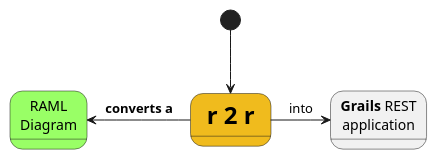
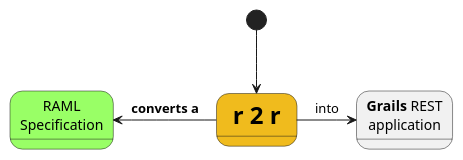
One commit to jorgwel/r2r changed the diagram in documentation/whatitdoes.puml. Above: the diagram before and after it, drawn with PlantUML. The commit also changed 2 other files, not shown here.

```diff
--- a/documentation/whatitdoes.puml
+++ b/documentation/whatitdoes.puml
@@ -1,30 +1,30 @@
 @startuml
 
 skinparam state {
   BackgroundColor<<MasAmarillo>> #F0BB1D
   Backgroundcolor<<MasAzul>> #6699ff
   Backgroundcolor<<MasVerde>> #99ff66
   Backgroundcolor<<MasRosa>> #ff6699
   
 }
 
     [*] --> r2r
     r2r -right-> GrailsApplication: into
 '    r2r -down-> LocalAPIInstance: this
     r2r -left-> RAMLDiagram: <b>converts a</b>
 
 '    Dredd -up-> RAMLDiagram: <b>uses</b>
 '   Dredd -up-> LocalAPIInstance: tests
 '  Dredd -up-> GrailsApplication: tests
 
 '    r2r -> Dredd
     
     state r2r as "<b><size:24> r 2 r </size></b>" <<MasAmarillo>>
 '    state GrailsApplication as "REST <b>Grails</b>, Rails,\nDjango application"
     state GrailsApplication as "<b>Grails</b> REST\napplication"
     
 '    state LocalAPIInstance as "Local API\ninstance" <<MasRosa>>
-    state RAMLDiagram as "RAML\nDiagram" <<MasVerde>>
+    state RAMLDiagram as "RAML\nSpecification" <<MasVerde>>
 '    state Dredd as "Dredd"  <<MasAzul>>
 
 @enduml
```
